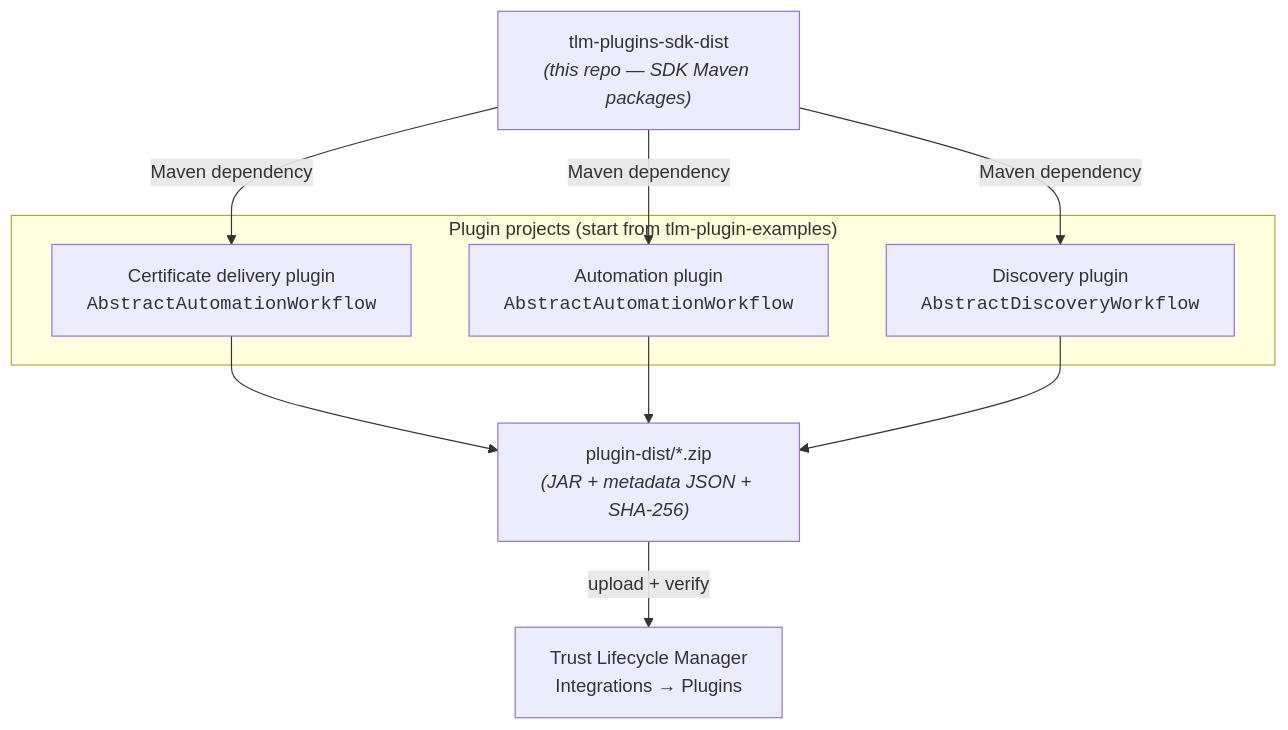
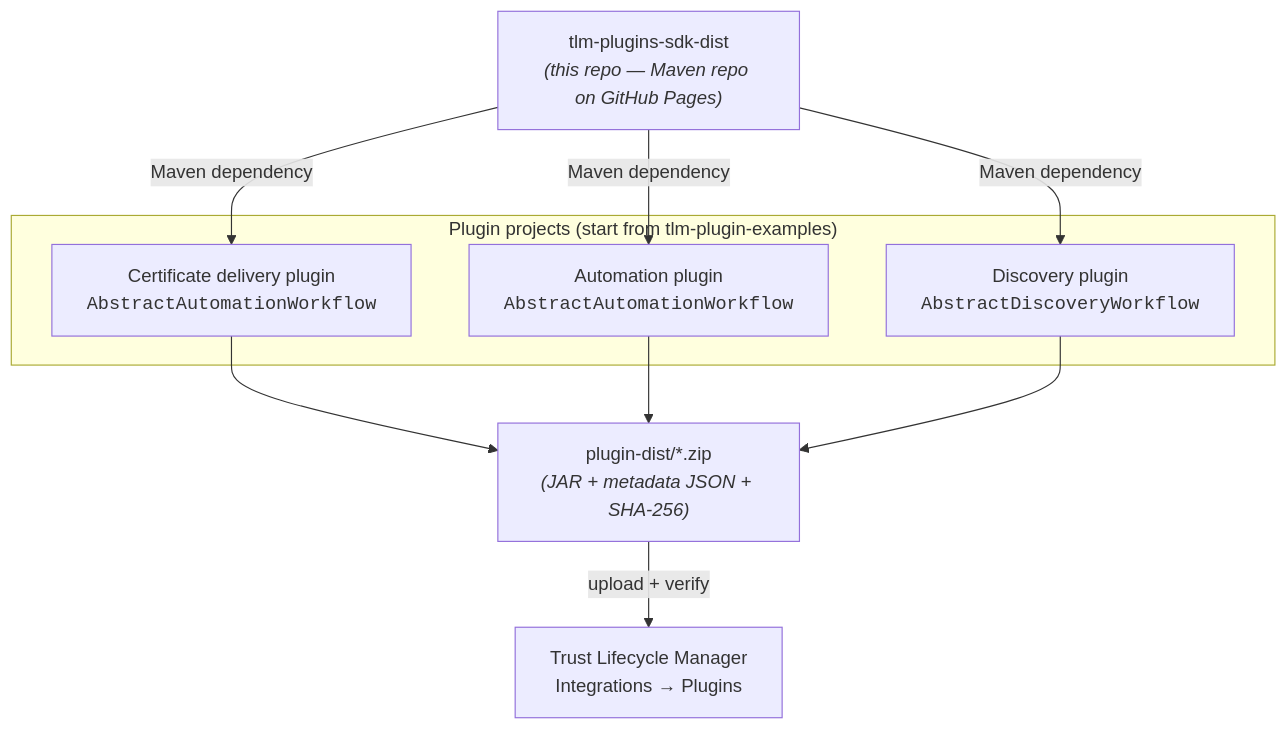
One commit to digicert/tlm-plugins-sdk-dist changed the diagram in README.md. Above: the diagram before and after it, drawn with Mermaid. The commit also changed other lines of this file, not shown here.

First line of the commit message:
docs: document GitHub Pages Maven repo for SDK consumption

````diff
--- a/README.md
+++ b/README.md
@@ -43,22 +44,22 @@
 ```mermaid
 flowchart TD
-    SDK["tlm-plugins-sdk-dist<br/><i>(this repo — SDK Maven packages)</i>"]
+    SDK["tlm-plugins-sdk-dist<br/><i>(this repo — Maven repo on GitHub Pages)</i>"]
 
     subgraph Examples["Plugin projects (start from tlm-plugin-examples)"]
         CD["Certificate delivery plugin<br/><code>AbstractAutomationWorkflow</code>"]
         AU["Automation plugin<br/><code>AbstractAutomationWorkflow</code>"]
         DI["Discovery plugin<br/><code>AbstractDiscoveryWorkflow</code>"]
     end
 
     ZIP["plugin-dist/*.zip<br/><i>(JAR + metadata JSON + SHA-256)</i>"]
     TLM["Trust Lifecycle Manager<br/>Integrations → Plugins"]
 
     SDK -->|Maven dependency| CD
     SDK -->|Maven dependency| AU
     SDK -->|Maven dependency| DI
 
     CD --> ZIP
     AU --> ZIP
     DI --> ZIP
     ZIP -->|upload + verify| TLM
 ```
````
